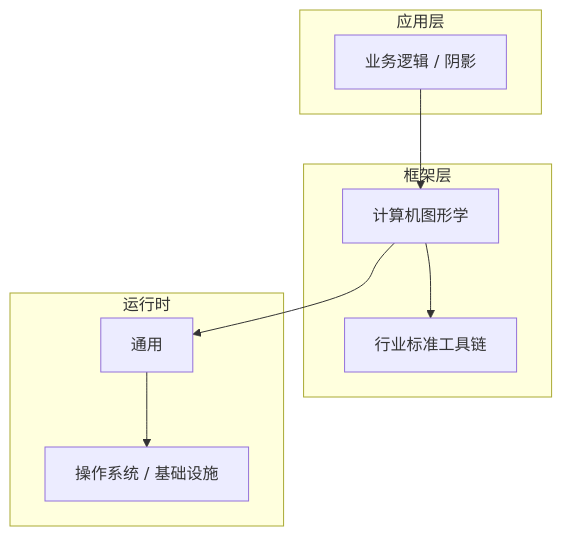
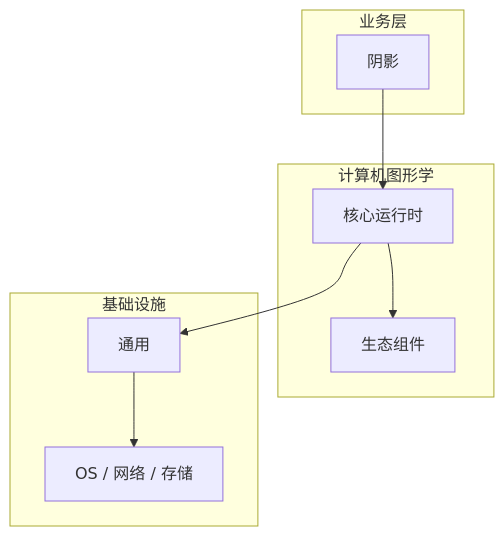
Before and after one commit to yanggan2015/knowledge-json-v2: the diagram in articles/计算机图形学/chapters/051-阴影核心概念与原理.md, drawn with Mermaid. The commit also changed other lines of this file and 10127 other files, not shown here.

````diff
--- a/articles/计算机图形学/chapters/051-阴影核心概念与原理.md
+++ b/articles/计算机图形学/chapters/051-阴影核心概念与原理.md
@@ -45,18 +30,18 @@
 ```mermaid
 graph TB
-    subgraph 应用层
-        A[业务逻辑 / 阴影]
+    subgraph 业务层
+        A[阴影]
     end
-    subgraph 框架层
-        B[计算机图形学]
-        C[行业标准工具链]
+    subgraph 计算机图形学
+        B[核心运行时]
+        C[生态组件]
     end
-    subgraph 运行时
+    subgraph 基础设施
         D[通用]
-        E[操作系统 / 基础设施]
+        E[OS / 网络 / 存储]
     end
     A --> B
     B --> C
     B --> D
     D --> E
 ```
````
